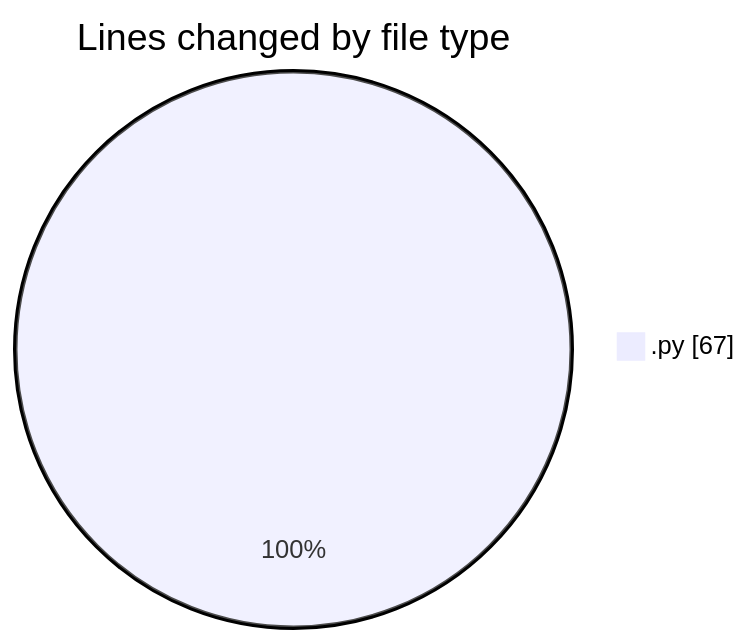
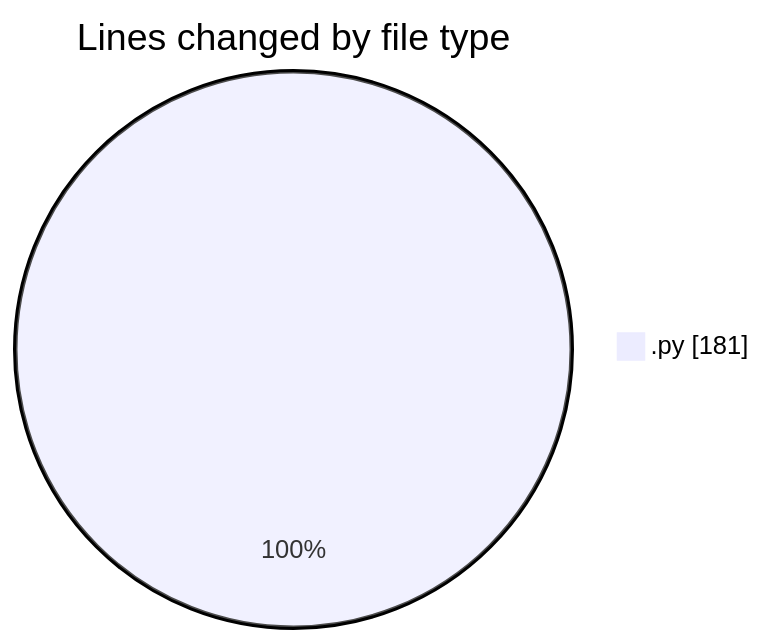
The first of 2 diagrams in 2025-02-27/myws__workspace_/README.md (MatusMokan/code-tracking), drawn with Mermaid before and after one commit. The commit also changed other lines of this file and 1 other file, not shown here.

````diff
--- a/2025-02-27/myws__workspace_/README.md
+++ b/2025-02-27/myws__workspace_/README.md
@@ -20,5 +20,5 @@
 ```mermaid
 pie showData
 title Lines changed by file type
-".py" : 67
+".py" : 181
 ```
````
